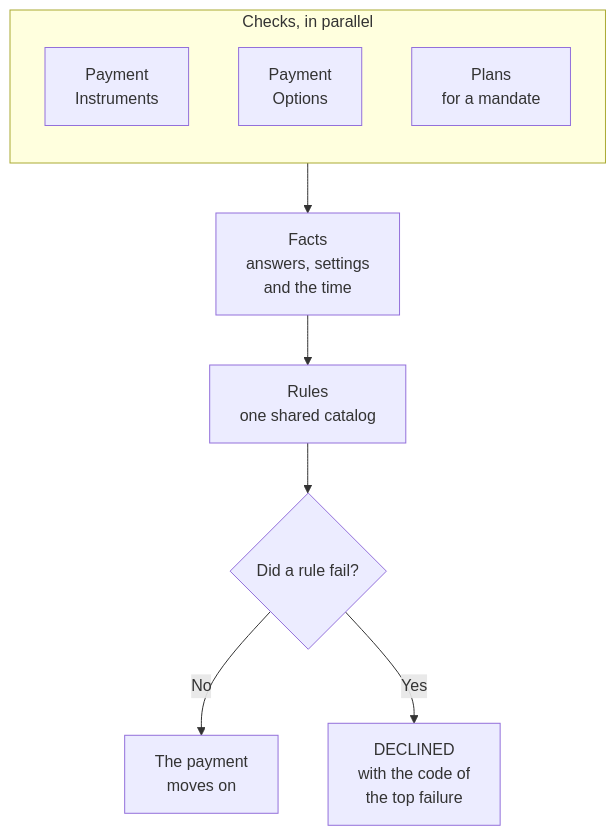
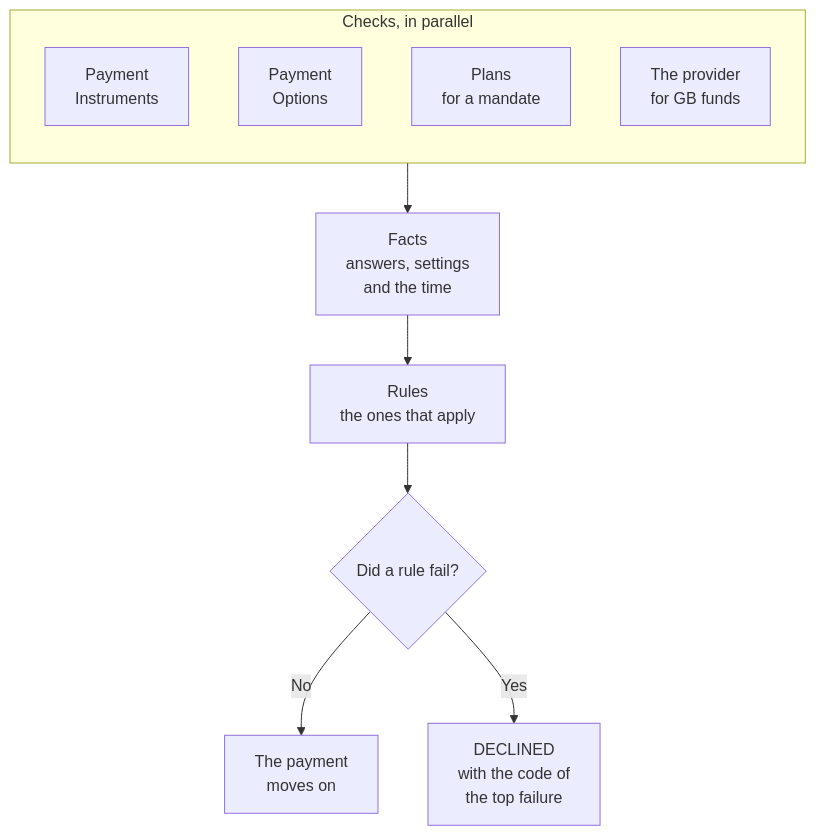
The diagram in website/docs/design/component-model/stages.md (arunav-bhattacharya/billpay-book), drawn with Mermaid before and after one commit. The commit also changed other lines of this file and 25 other files, not shown here.

````diff
--- a/website/docs/design/component-model/stages.md
+++ b/website/docs/design/component-model/stages.md
@@ -101,14 +104,15 @@
 ```mermaid
 flowchart TB
   subgraph C["Checks, in parallel"]
     direction TB
     I["Payment<br/>Instruments"]
     O["Payment<br/>Options"]
     P["Plans<br/>for a mandate"]
+    B["The provider<br/>for GB funds"]
   end
   C --> F["Facts<br/>answers, settings<br/>and the time"]
-  F --> R["Rules<br/>one shared catalog"]
+  F --> R["Rules<br/>the ones that apply"]
   R --> D{"Did a rule fail?"}
   D -- "No" --> M["The payment<br/>moves on"]
   D -- "Yes" --> X["DECLINED<br/>with the code of<br/>the top failure"]
 ```
````
